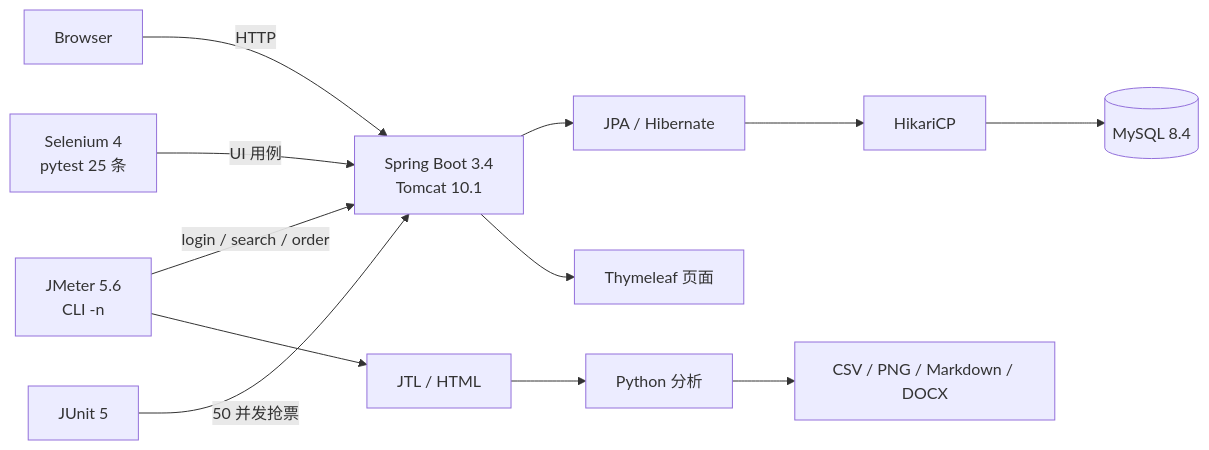
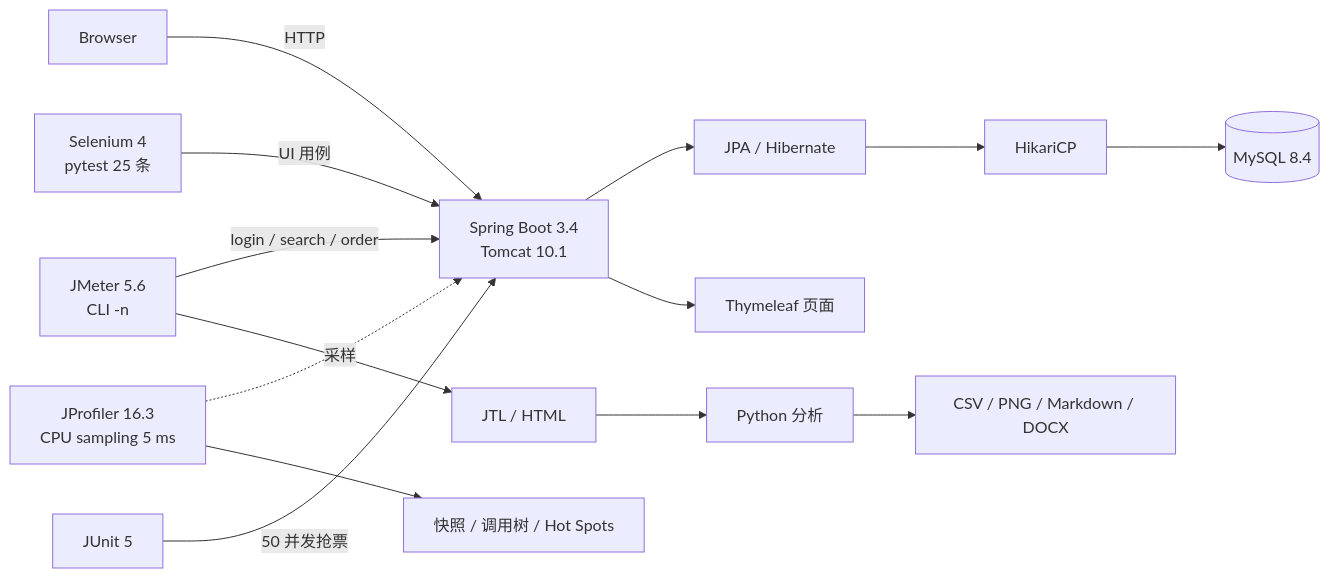
One commit to hjxandcxq/train-ticket-test-platform changed the diagram in README.md. Above: the diagram before and after it, drawn with Mermaid. The commit also changed other lines of this file, not shown here.

Commit message:
docs: highlight JMeter and JProfiler in README

````diff
--- a/README.md
+++ b/README.md
@@ -40,14 +42,16 @@
 ```mermaid
 flowchart LR
     B[Browser] -->|HTTP| S[Spring Boot 3.4<br/>Tomcat 10.1]
     S --> JPA[JPA / Hibernate]
     JPA --> H[HikariCP]
     H --> DB[(MySQL 8.4)]
     JM[JMeter 5.6<br/>CLI -n] -->|login / search / order| S
+    JP[JProfiler 16.3<br/>CPU sampling 5 ms] -.->|采样| S
+    JP --> P[快照 / 调用树 / Hot Spots]
     SE[Selenium 4<br/>pytest 25 条] -->|UI 用例| S
     JU[JUnit 5] -->|50 并发抢票| S
     S --> T[Thymeleaf 页面]
     JM --> R[JTL / HTML]
     R --> A[Python 分析]
     A --> F[CSV / PNG / Markdown / DOCX]
 ```
````
